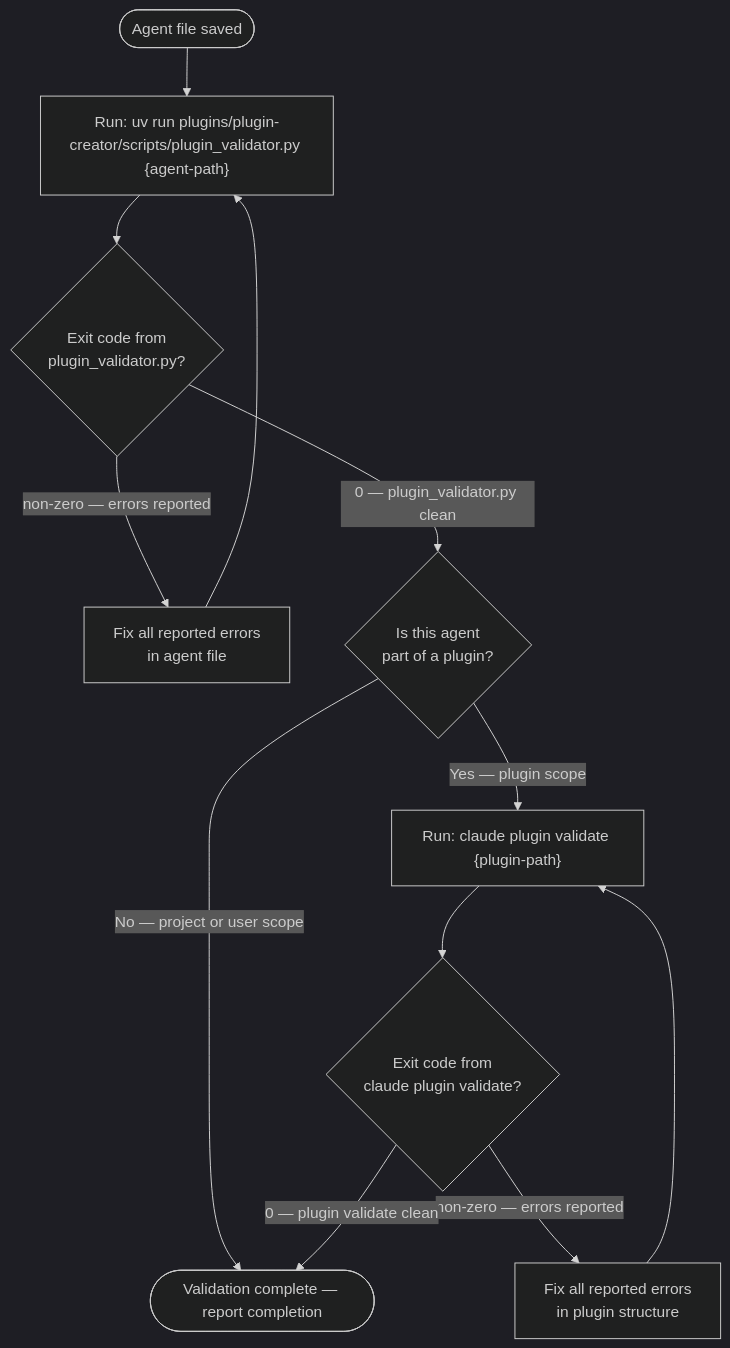
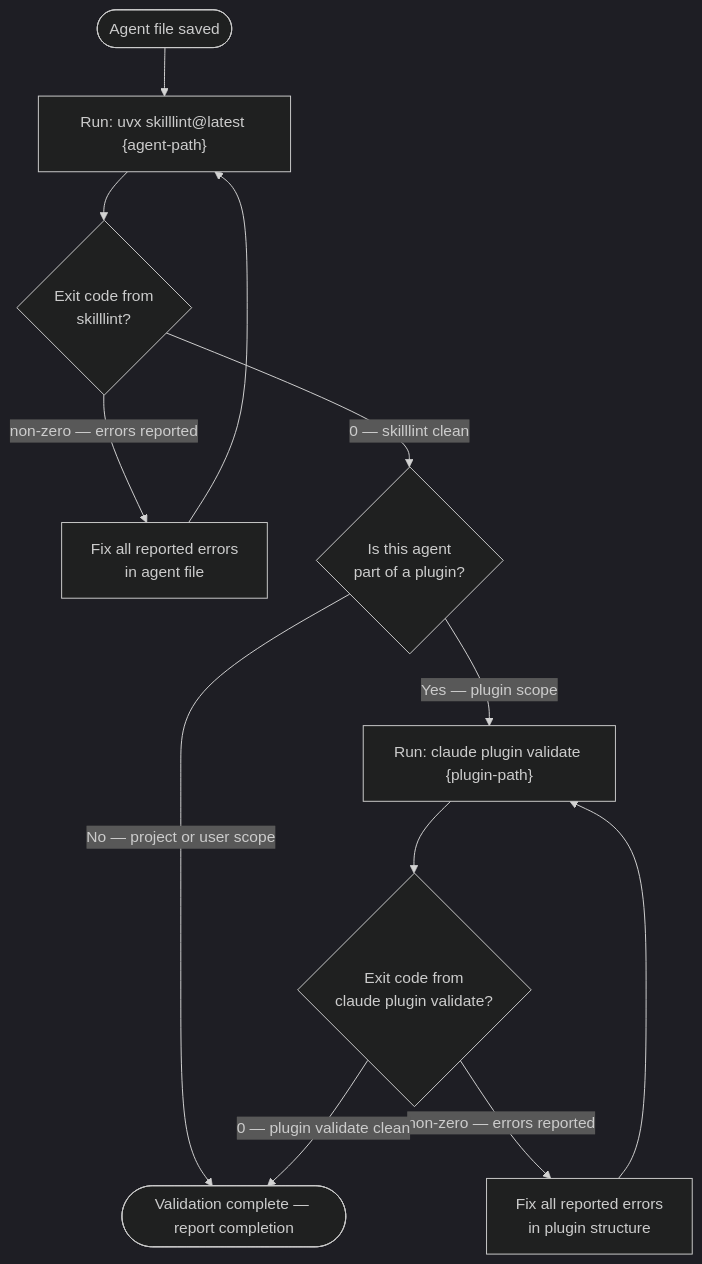
One commit to chgreer1070/claude_skills changed the fourth of 5 diagrams in plugins/plugin-creator/agents/agent-creator.md. Above: the diagram before and after it, drawn with Mermaid (dark theme). The commit also changed other lines of this file and 48 other files, not shown here.

First line of the commit message:
refactor(migration): replace plugin_validator.py with uvx skilllint@latest

````diff
--- a/plugins/plugin-creator/agents/agent-creator.md
+++ b/plugins/plugin-creator/agents/agent-creator.md
@@ -163,14 +163,14 @@
 ```mermaid
 flowchart TD
-    Start(["Agent file saved"]) --> V1["Run: uv run plugins/plugin-creator/scripts/plugin_validator.py {agent-path}"]
-    V1 --> Q1{"Exit code from<br>plugin_validator.py?"}
+    Start(["Agent file saved"]) --> V1["Run: uvx skilllint@latest {agent-path}"]
+    V1 --> Q1{"Exit code from<br>skilllint?"}
     Q1 -->|"non-zero — errors reported"| Fix1["Fix all reported errors<br>in agent file"]
     Fix1 --> V1
-    Q1 -->|"0 — plugin_validator.py clean"| Q2{"Is this agent<br>part of a plugin?"}
+    Q1 -->|"0 — skilllint clean"| Q2{"Is this agent<br>part of a plugin?"}
     Q2 -->|"No — project or user scope"| Done(["Validation complete — report completion"])
     Q2 -->|"Yes — plugin scope"| V2["Run: claude plugin validate {plugin-path}"]
     V2 --> Q3{"Exit code from<br>claude plugin validate?"}
     Q3 -->|"non-zero — errors reported"| Fix2["Fix all reported errors<br>in plugin structure"]
     Fix2 --> V2
     Q3 -->|"0 — plugin validate clean"| Done
 ```
````
